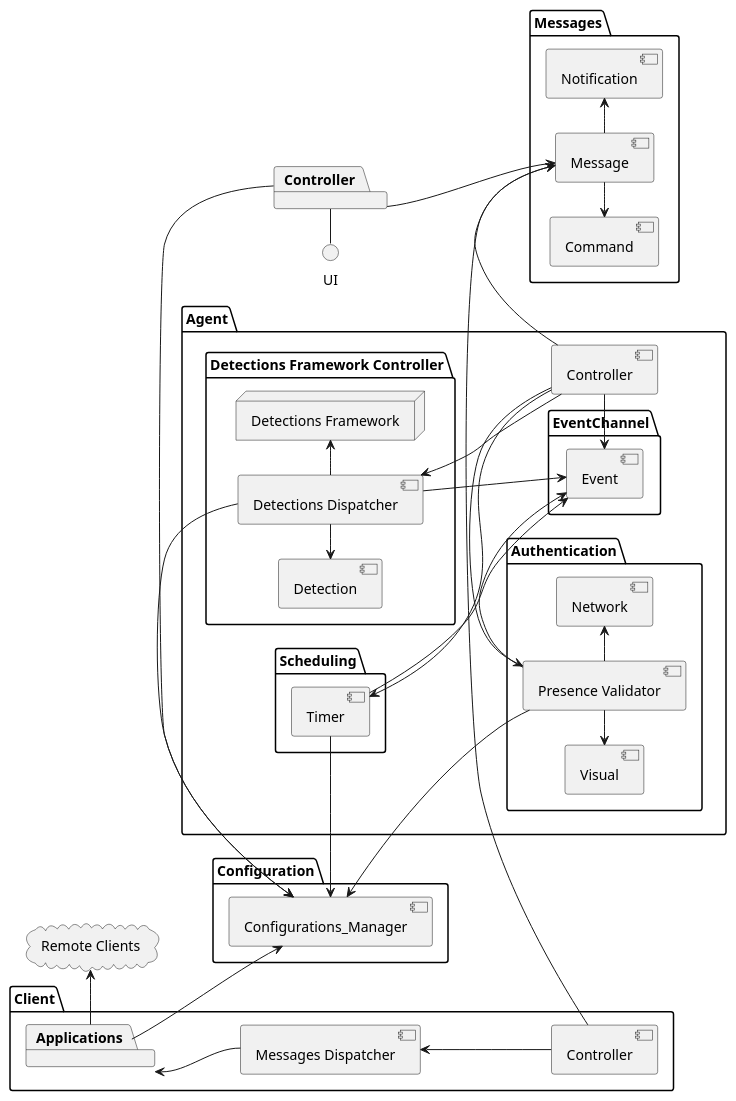
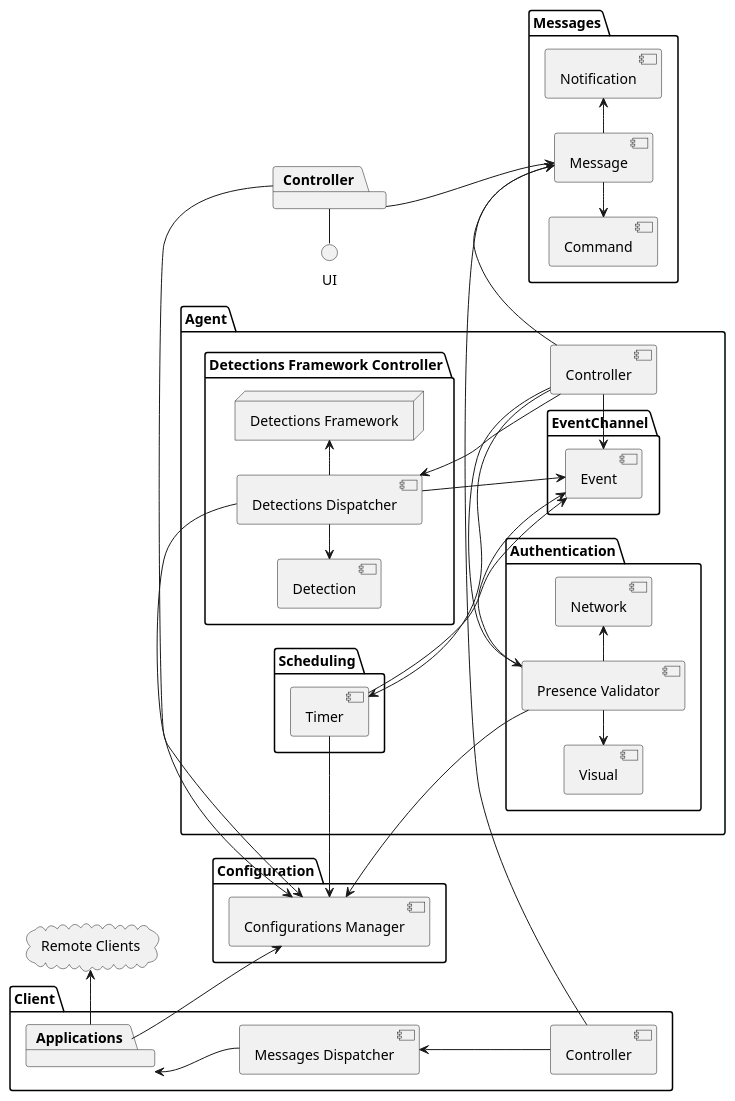
Before and after one commit to saratoga8/motion_notifier: the diagram in docs/components.puml, drawn with PlantUML. The commit also changed 1 other file, not shown here.

```diff
--- a/docs/components.puml
+++ b/docs/components.puml
@@ -1,76 +1,76 @@
 @startuml
 'https://plantuml.com/component-diagram
 
 left to right direction
 
 package "Agent" {
     [Controller] as Agent_Controller
     package "Authentication" {
       [Presence Validator]
       [Network]
       [Visual]
     }
 
     package "Detections Framework Controller" {
       [Detections Dispatcher] -> "Detections Framework"
       [Detection] <- [Detections Dispatcher]
       node "Detections Framework" {
       }
     }
 
 
     package EventChannel {
       Agent_Controller -> [Event]
       [Presence Validator] -> [Event]
       [Detections Dispatcher] -> [Event]
     }
 
     package "Scheduling" {
       [Timer] -> [Event]
     }
 
 }
 
 package Controller {
 
 }
 
 package "Client" {
     [Controller] as Client_Controller
     [Messages Dispatcher] <-- Client_Controller
 
     package [Applications] {
     }
 }
 
 package Messages {
     [Command] <- [Message]
     [Message]
     [Message] -> [Notification]
     [Controller] -> [Message]
 }
 
 package Configuration {
-    [Configurations_Manager]
+    [Configurations Manager]
 }
 
 cloud "Remote Clients" {
 }
 
 [Applications] <-- [Messages Dispatcher]
-[Applications] -> [Configurations_Manager]
+[Applications] -> [Configurations Manager]
 [Applications] -> "Remote Clients"
 Client_Controller -> [Message]
 [Presence Validator] <- Agent_Controller
 Agent_Controller -> [Message]
-[Configurations_Manager] <-- [Presence Validator]
-[Timer] -> [Configurations_Manager]
+[Configurations Manager] <-- [Presence Validator]
+[Timer] -> [Configurations Manager]
 [Detections Dispatcher] <-- Agent_Controller
-[Configurations_Manager] <- [Detections Dispatcher]
+[Configurations Manager] <- [Detections Dispatcher]
 [Timer] <-- Agent_Controller
 [Presence Validator] -> [Network]
 [Visual] <- [Presence Validator]
-[Configurations_Manager] <- [Controller]
+[Configurations Manager] <- [Controller]
 [Controller] - UI
 
 @enduml
```
